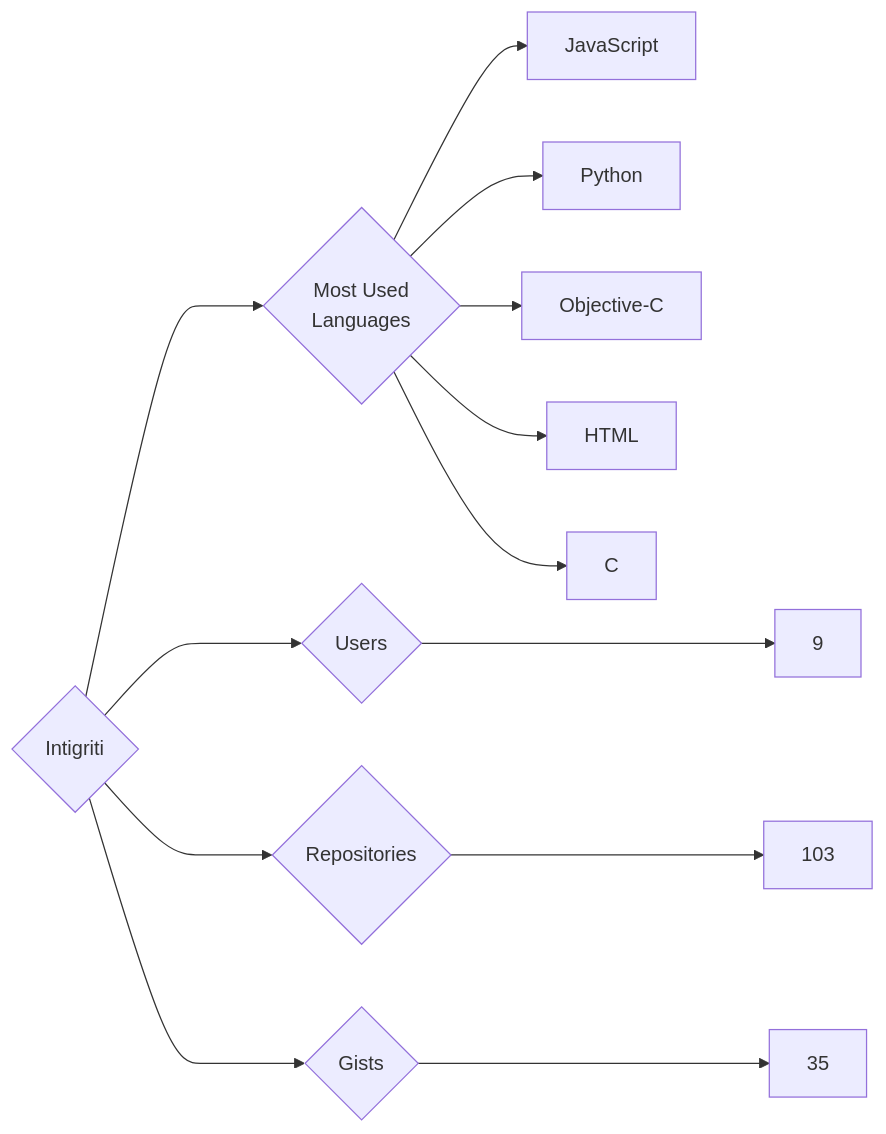
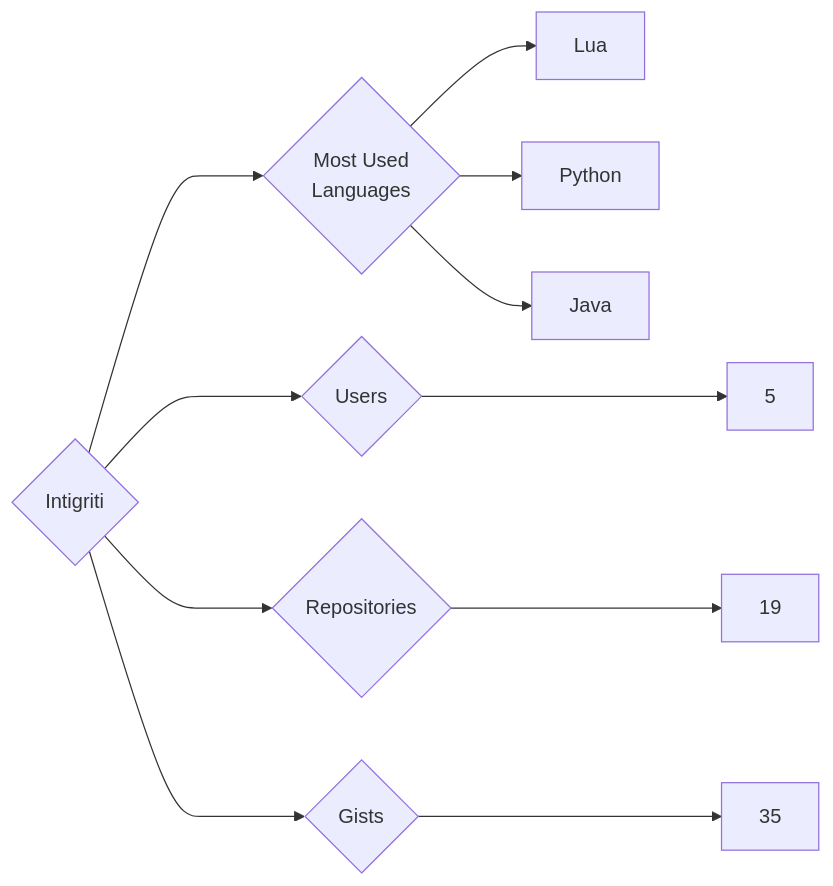
The diagram in targets/Intigriti/README.md (trickest/insiders), drawn with Mermaid before and after one commit. The commit also changed 1314 other files, not shown here.

````diff
--- a/targets/Intigriti/README.md
+++ b/targets/Intigriti/README.md
@@ -3,13 +3,11 @@
 ```mermaid
 graph LR
 COMPANY_NAME{Intigriti}
-COMPANY_NAME ---> U{Users} ---> UN[9]
-COMPANY_NAME ---> R{Repositories} ---> RN[103]
+COMPANY_NAME ---> U{Users} ---> UN[5]
+COMPANY_NAME ---> R{Repositories} ---> RN[19]
 COMPANY_NAME ---> G{Gists} ---> GN[35]
 COMPANY_NAME ---> ML{Most Used<br>Languages}
-ML --> JavaScript[JavaScript]
+ML --> Lua[Lua]
 ML --> Python[Python]
-ML --> Objective-C[Objective-C]
-ML --> HTML[HTML]
-ML --> C[C]
+ML --> Java[Java]
 ```
````
